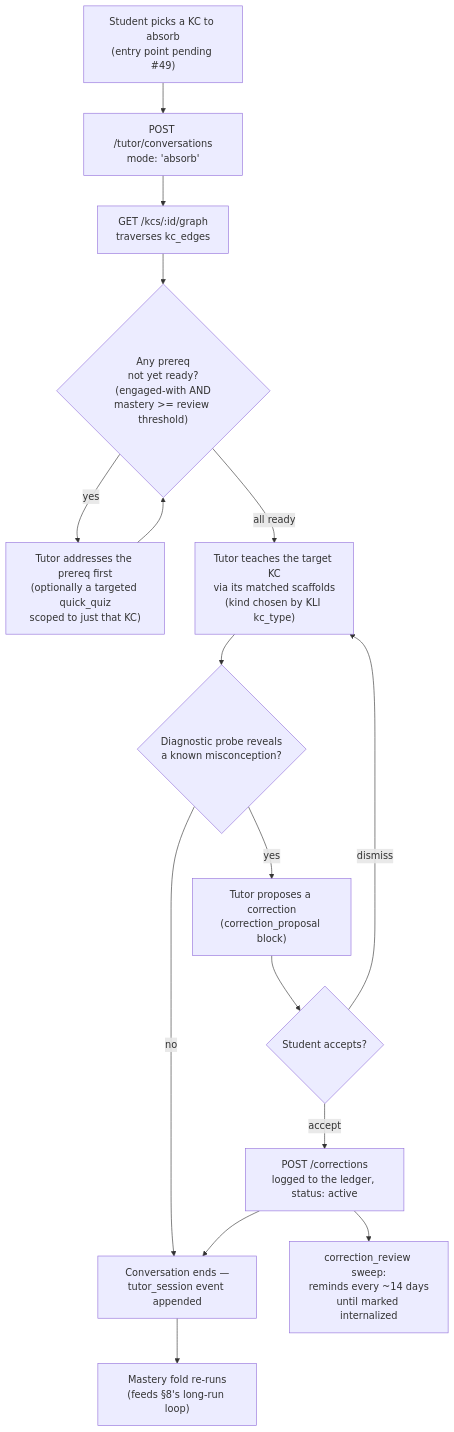
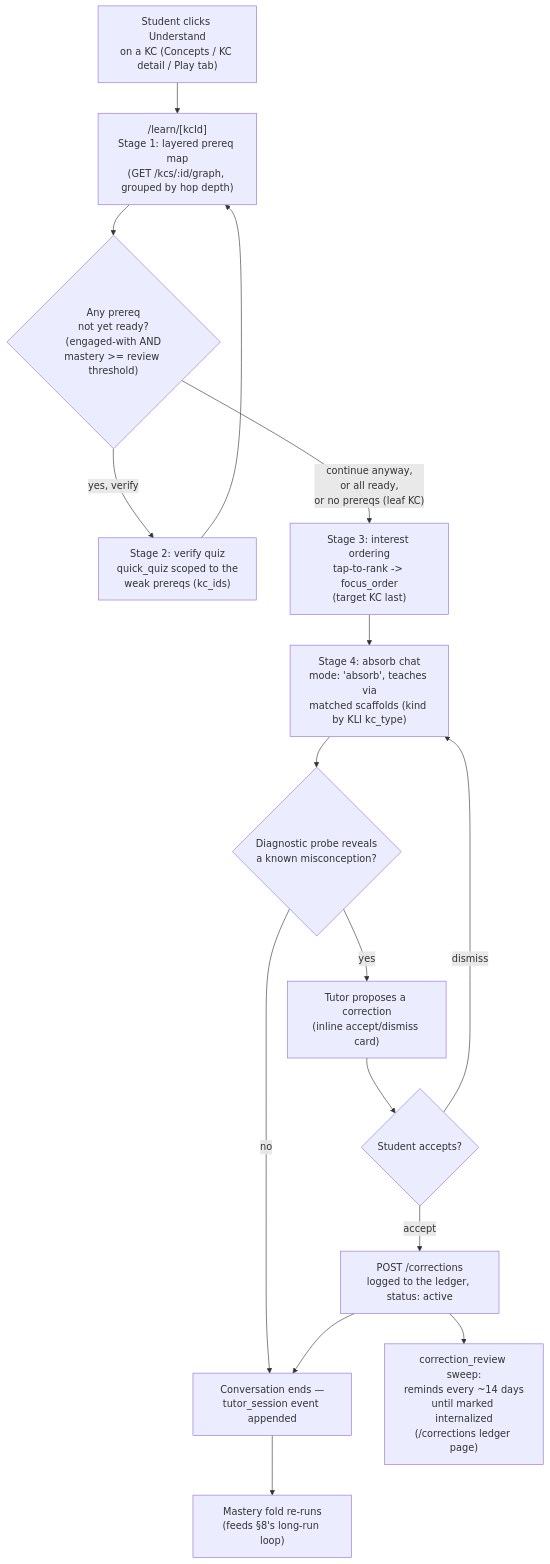
One commit to sdawka/studyus changed the tenth of 10 diagrams in docs/product/student-lifecycle.md. Above: the diagram before and after it, drawn with Mermaid. The commit also changed other lines of this file and 5 other files, not shown here.

Commit message:
docs(pass 2): resolve all pending-#49 placeholders with shipped UI facts — /learn 4-stage flow + /corrections rows, Door 4 real routes/entry points, lifecycle §9 mermaid expanded to 4 stages, tutor.md absorb cap + multi-block scan, 190 edges, overview repo tree current

````diff
--- a/docs/product/student-lifecycle.md
+++ b/docs/product/student-lifecycle.md
@@ -173,18 +173,18 @@
 ```mermaid
 flowchart TD
-    A["Student picks a KC to absorb<br/>(entry point pending #49)"] --> B["POST /tutor/conversations<br/>mode: 'absorb'"]
-    B --> C["GET /kcs/:id/graph<br/>traverses kc_edges"]
-    C --> D{"Any prereq<br/>not yet ready?<br/>(engaged-with AND<br/>mastery >= review threshold)"}
-    D -->|"yes"| E["Tutor addresses the prereq first<br/>(optionally a targeted quick_quiz<br/>scoped to just that KC)"]
-    E --> D
-    D -->|"all ready"| F["Tutor teaches the target KC<br/>via its matched scaffolds<br/>(kind chosen by KLI kc_type)"]
+    A["Student clicks Understand<br/>on a KC (Concepts / KC detail / Play tab)"] --> B["/learn/[kcId]<br/>Stage 1: layered prereq map<br/>(GET /kcs/:id/graph, grouped by hop depth)"]
+    B --> C{"Any prereq<br/>not yet ready?<br/>(engaged-with AND<br/>mastery >= review threshold)"}
+    C -->|"yes, verify"| D["Stage 2: verify quiz<br/>quick_quiz scoped to the<br/>weak prereqs (kc_ids)"]
+    D --> B
+    C -->|"continue anyway,<br/>or all ready,<br/>or no prereqs (leaf KC)"| E["Stage 3: interest ordering<br/>tap-to-rank -> focus_order<br/>(target KC last)"]
+    E --> F["Stage 4: absorb chat<br/>mode: 'absorb', teaches via<br/>matched scaffolds (kind by KLI kc_type)"]
     F --> G{"Diagnostic probe reveals<br/>a known misconception?"}
-    G -->|"yes"| H["Tutor proposes a correction<br/>(correction_proposal block)"]
+    G -->|"yes"| H["Tutor proposes a correction<br/>(inline accept/dismiss card)"]
     H --> I{"Student accepts?"}
     I -->|"accept"| J["POST /corrections<br/>logged to the ledger, status: active"]
     I -->|"dismiss"| F
     G -->|"no"| K["Conversation ends —<br/>tutor_session event appended"]
     J --> K
     K --> L["Mastery fold re-runs<br/>(feeds §8's long-run loop)"]
-    J --> M["correction_review sweep:<br/>reminds every ~14 days<br/>until marked internalized"]
+    J --> M["correction_review sweep:<br/>reminds every ~14 days<br/>until marked internalized<br/>(/corrections ledger page)"]
 ```
````
